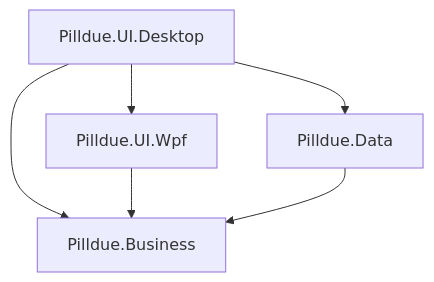
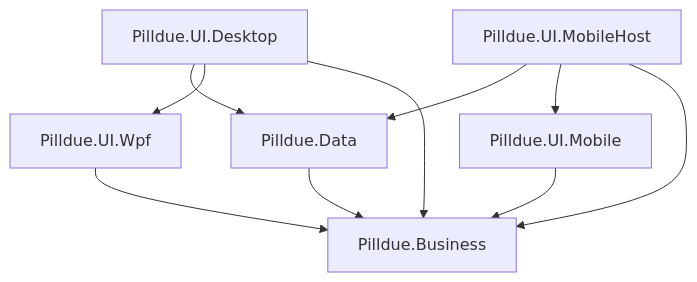
Before and after one commit to djordjevics/pilldue: the diagram in docs/architecture.md, drawn with Mermaid. The commit also changed other lines of this file and 28 other files, not shown here.

Commit message:
#99 - Open Pilldue on Android and iOS from one MAUI host (#122)

````diff
--- a/docs/architecture.md
+++ b/docs/architecture.md
@@ -57,8 +61,12 @@
 ```mermaid
 flowchart TB
   Desktop[Pilldue.UI.Desktop] --> Data[Pilldue.Data]
   Desktop --> Wpf[Pilldue.UI.Wpf]
   Desktop --> Business[Pilldue.Business]
+  MobileHost[Pilldue.UI.MobileHost] --> Data
+  MobileHost --> Mobile[Pilldue.UI.Mobile]
+  MobileHost --> Business
   Wpf --> Business
+  Mobile --> Business
   Data --> Business
 ```
````
